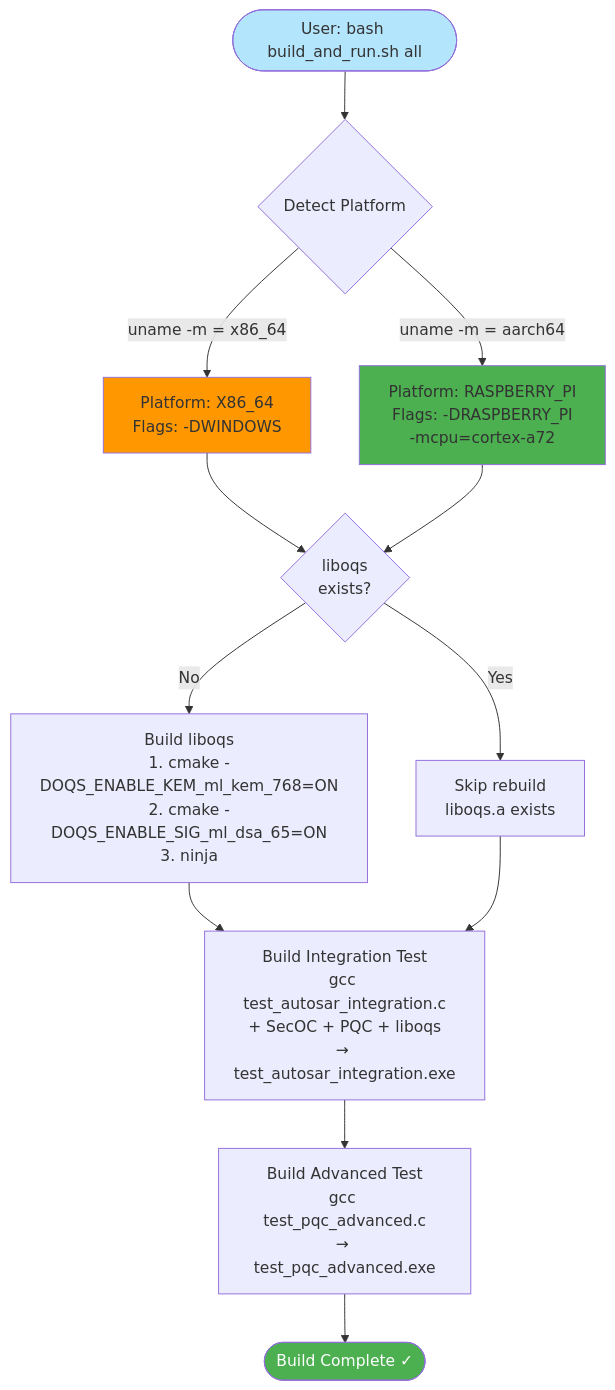
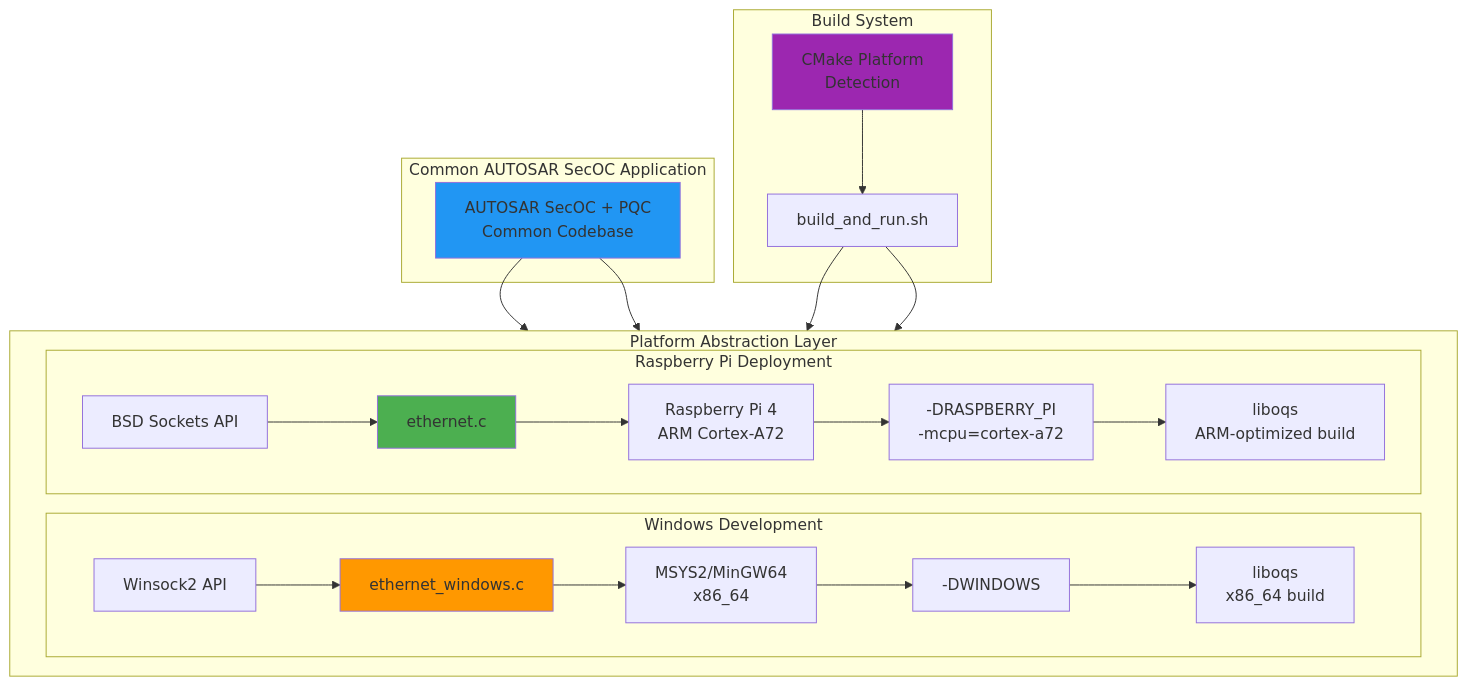
Before and after one commit to longluubao/computer_engineering_project: diagram 12 of 15 in Autosar_SecOC/DIAGRAMS.md, drawn with Mermaid. The commit also changed other lines of this file and 41 other files, not shown here.

First line of the commit message:
Update diagrams and documentation for PQC Ethernet gateway

````diff
--- a/Autosar_SecOC/DIAGRAMS.md
+++ b/Autosar_SecOC/DIAGRAMS.md
@@ -634,27 +537,53 @@
 ```mermaid
-flowchart TD
-    START([User: bash build_and_run.sh all]) --> DETECT{Detect Platform}
+graph TB
+    subgraph "Common AUTOSAR SecOC Application"
+        APP[AUTOSAR SecOC + PQC<br/>Common Codebase]
+    end
 
-    DETECT -->|uname -m = x86_64| WIN_PLATFORM[Platform: X86_64<br/>Flags: -DWINDOWS]
-    DETECT -->|uname -m = aarch64| RPI_PLATFORM[Platform: RASPBERRY_PI<br/>Flags: -DRASPBERRY_PI<br/>-mcpu=cortex-a72]
+    subgraph "Platform Abstraction Layer"
+        direction LR
 
-    WIN_PLATFORM --> CHECK_LIBOQS{liboqs<br/>exists?}
-    RPI_PLATFORM --> CHECK_LIBOQS
+        subgraph "Windows Development"
+            WIN_SOCK[Winsock2 API]
+            WIN_IMPL[ethernet_windows.c]
+            WIN_TOOLS[MSYS2/MinGW64<br/>x86_64]
+            WIN_FLAGS[-DWINDOWS]
+            WIN_LIBOQS[liboqs<br/>x86_64 build]
 
-    CHECK_LIBOQS -->|No| BUILD_LIBOQS[Build liboqs<br/>1. cmake -DOQS_ENABLE_KEM_ml_kem_768=ON<br/>2. cmake -DOQS_ENABLE_SIG_ml_dsa_65=ON<br/>3. ninja]
-    CHECK_LIBOQS -->|Yes| SKIP_LIBOQS[Skip rebuild<br/>liboqs.a exists]
+            WIN_SOCK --> WIN_IMPL
+            WIN_IMPL --> WIN_TOOLS
+            WIN_TOOLS --> WIN_FLAGS
+            WIN_FLAGS --> WIN_LIBOQS
+        end
 
-    BUILD_LIBOQS --> BUILD_INTEGRATION
-    SKIP_LIBOQS --> BUILD_INTEGRATION
+        subgraph "Raspberry Pi Deployment"
+            RPI_SOCK[BSD Sockets API]
+            RPI_IMPL[ethernet.c]
+            RPI_HW[Raspberry Pi 4<br/>ARM Cortex-A72]
+            RPI_FLAGS[-DRASPBERRY_PI<br/>-mcpu=cortex-a72]
+            RPI_LIBOQS[liboqs<br/>ARM-optimized build]
 
-    BUILD_INTEGRATION[Build Integration Test<br/>gcc test_autosar_integration.c<br/>+ SecOC + PQC + liboqs<br/>→ test_autosar_integration.exe]
+            RPI_SOCK --> RPI_IMPL
+            RPI_IMPL --> RPI_HW
+            RPI_HW --> RPI_FLAGS
+            RPI_FLAGS --> RPI_LIBOQS
+        end
+    end
 
-    BUILD_INTEGRATION --> BUILD_ADVANCED[Build Advanced Test<br/>gcc test_pqc_advanced.c<br/>→ test_pqc_advanced.exe]
+    subgraph "Build System"
+        CMAKE[CMake Platform<br/>Detection]
+        BUILD[build_and_run.sh]
 
-    BUILD_ADVANCED --> SUCCESS([Build Complete ✓])
+        CMAKE --> BUILD
+    end
 
-    style START fill:#b3e5fc
-    style WIN_PLATFORM fill:#ff9800
-    style RPI_PLATFORM fill:#4caf50
-    style SUCCESS fill:#4caf50,color:#fff
+    APP --> WIN_IMPL
+    APP --> RPI_IMPL
+    BUILD --> WIN_FLAGS
+    BUILD --> RPI_FLAGS
+
+    style APP fill:#2196f3
+    style WIN_IMPL fill:#ff9800
+    style RPI_IMPL fill:#4caf50
+    style CMAKE fill:#9c27b0
 ```
````
